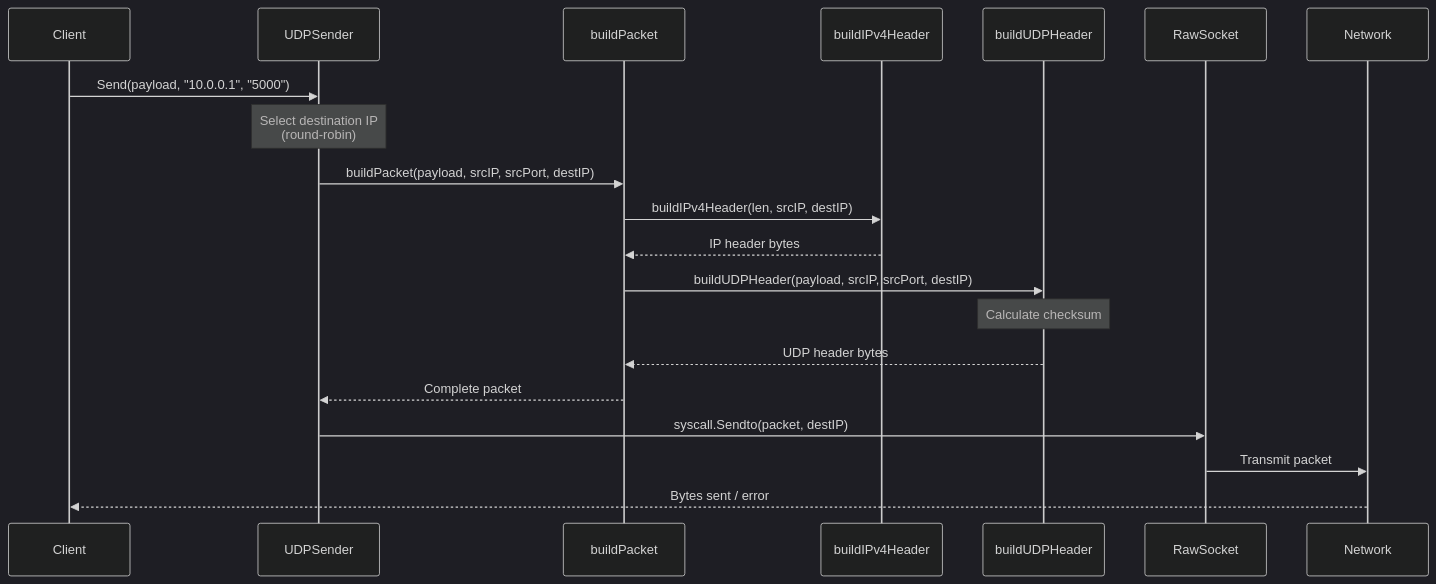
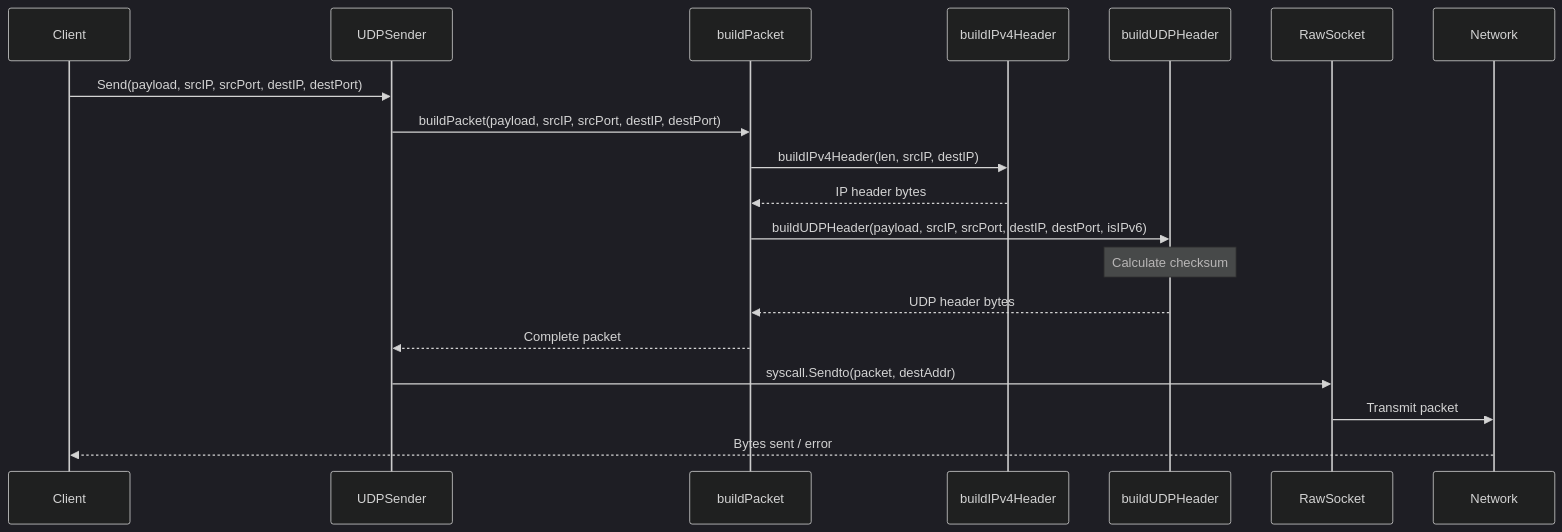
One commit to rgnv/udp-sender changed the third of 8 diagrams in DESIGN.md. Above: the diagram before and after it, drawn with Mermaid (dark theme). The commit also changed other lines of this file and 13 other files, not shown here.

````diff
--- a/DESIGN.md
+++ b/DESIGN.md
@@ -149,23 +135,22 @@
 ```mermaid
 sequenceDiagram
     participant Client
     participant UDPSender
     participant buildPacket
     participant buildIPv4Header
     participant buildUDPHeader
     participant RawSocket
     participant Network
     
-    Client->>UDPSender: Send(payload, "10.0.0.1", "5000")
-    Note over UDPSender: Select destination IP<br/>(round-robin)
-    UDPSender->>buildPacket: buildPacket(payload, srcIP, srcPort, destIP)
+    Client->>UDPSender: Send(payload, srcIP, srcPort, destIP, destPort)
+    UDPSender->>buildPacket: buildPacket(payload, srcIP, srcPort, destIP, destPort)
     buildPacket->>buildIPv4Header: buildIPv4Header(len, srcIP, destIP)
     buildIPv4Header-->>buildPacket: IP header bytes
-    buildPacket->>buildUDPHeader: buildUDPHeader(payload, srcIP, srcPort, destIP)
+    buildPacket->>buildUDPHeader: buildUDPHeader(payload, srcIP, srcPort, destIP, destPort, isIPv6)
     Note over buildUDPHeader: Calculate checksum
     buildUDPHeader-->>buildPacket: UDP header bytes
     buildPacket-->>UDPSender: Complete packet
-    UDPSender->>RawSocket: syscall.Sendto(packet, destIP)
+    UDPSender->>RawSocket: syscall.Sendto(packet, destAddr)
     RawSocket->>Network: Transmit packet
     Network-->>Client: Bytes sent / error
 ```
````
